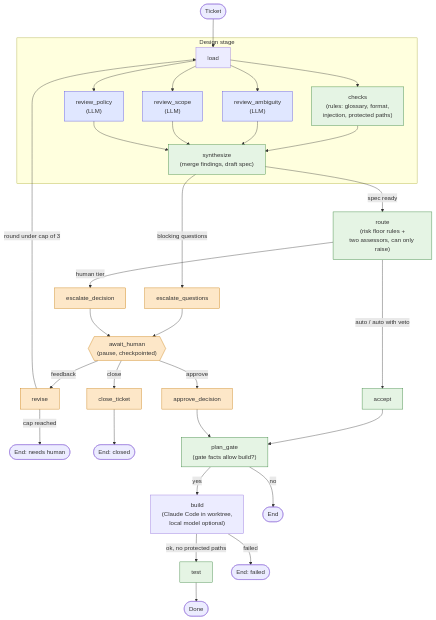
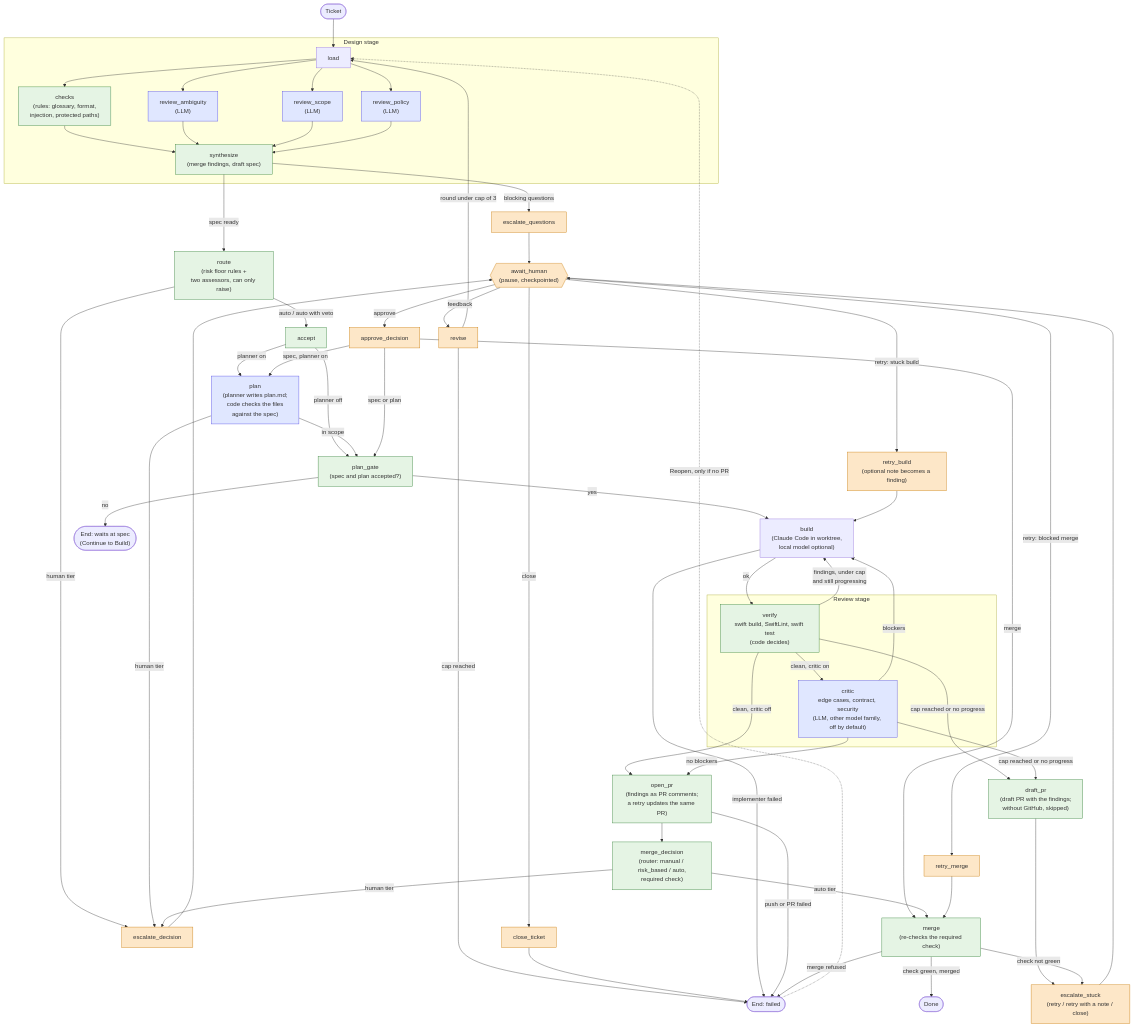
The diagram in docs/ticket-flow-labelled.mmd (LanceFu/sifu), drawn with Mermaid before and after one commit. The commit also changed 3 other files, not shown here.

First line of the commit message:
Ticket-flow diagrams: the labelled flow now covers plan, verify, critic, PR, merge and the retry, reopen and resume paths

```diff
--- a/docs/ticket-flow-labelled.mmd
+++ b/docs/ticket-flow-labelled.mmd
@@ -1,37 +1,66 @@
 flowchart TD
   S([Ticket]) --> load
   subgraph DESIGN["Design stage"]
     load --> checks["checks<br/>(rules: glossary, format,<br/>injection, protected paths)"]
     load --> ra["review_ambiguity<br/>(LLM)"]
     load --> rs["review_scope<br/>(LLM)"]
     load --> rp["review_policy<br/>(LLM)"]
     checks --> synth["synthesize<br/>(merge findings, draft spec)"]
     ra --> synth
     rs --> synth
     rp --> synth
   end
   synth -->|blocking questions| eq[escalate_questions]
   synth -->|spec ready| route["route<br/>(risk floor rules +<br/>two assessors, can only raise)"]
   route -->|auto / auto with veto| accept
   route -->|human tier| ed[escalate_decision]
+  accept -->|planner on| plan["plan<br/>(planner writes plan.md;<br/>code checks the files<br/>against the spec)"]
+  accept -->|planner off| gate
+  plan -->|in scope| gate
+  plan -->|human tier| ed
   eq --> ah{{"await_human<br/>(pause, checkpointed)"}}
   ed --> ah
+  stuck --> ah
   ah -->|approve| ad[approve_decision]
   ah -->|close| cl[close_ticket]
   ah -->|feedback| rev[revise]
+  ah -->|retry: stuck build| rb["retry_build<br/>(optional note becomes a finding)"]
+  ah -->|retry: blocked merge| rm[retry_merge]
+  ad -->|spec, planner on| plan
+  ad -->|spec or plan| gate
+  ad -->|merge| merge
   rev -->|round under cap of 3| load
-  rev -->|cap reached| E([End: needs human])
-  cl --> E2([End: closed])
-  accept --> gate
-  ad --> gate
-  gate["plan_gate<br/>(gate facts allow build?)"] -->|yes| build["build<br/>(Claude Code in worktree,<br/>local model optional)"]
-  gate -->|no| E3([End])
-  build -->|ok, no protected paths| test
-  build -->|failed| E4([End: failed])
-  test --> done([Done])
+  rev -->|cap reached| FAIL([End: failed])
+  cl --> FAIL
+  FAIL -.->|Reopen, only if no PR| load
+  gate["plan_gate<br/>(spec and plan accepted?)"] -->|yes| build["build<br/>(Claude Code in worktree,<br/>local model optional)"]
+  gate -->|no| E3(["End: waits at spec<br/>(Continue to Build)"])
+  build -->|ok| verify
+  build -->|implementer failed| FAIL
+  subgraph REVIEW["Review stage"]
+    verify["verify<br/>swift build, SwiftLint, swift test<br/>(code decides)"]
+    critic["critic<br/>edge cases, contract, security<br/>(LLM, other model family, off by default)"]
+    verify -->|clean, critic on| critic
+  end
+  verify -->|findings, under cap<br/>and still progressing| build
+  verify -->|clean, critic off| openpr
+  verify -->|cap reached or no progress| draft["draft_pr<br/>(draft PR with the findings;<br/>without GitHub, skipped)"]
+  critic -->|blockers| build
+  critic -->|no blockers| openpr["open_pr<br/>(findings as PR comments;<br/>a retry updates the same PR)"]
+  critic -->|cap reached or no progress| draft
+  draft --> stuck["escalate_stuck<br/>(retry / retry with a note / close)"]
+  rb --> build
+  openpr -->|push or PR failed| FAIL
+  openpr --> md["merge_decision<br/>(router: manual / risk_based / auto,<br/>required check)"]
+  md -->|auto tier| merge["merge<br/>(re-checks the required check)"]
+  md -->|human tier| ed
+  rm --> merge
+  merge -->|check green, merged| done([Done])
+  merge -->|check not green| stuck
+  merge -->|merge refused| FAIL
   classDef human fill:#fde7c8,stroke:#c77700
   classDef llm fill:#e0e7ff,stroke:#4f46e5
   classDef code fill:#e5f4e4,stroke:#2e7d32
-  class ah,eq,ed,ad,cl,rev human
-  class ra,rs,rp llm
-  class checks,synth,route,accept,gate,test code
+  class ah,eq,ed,ad,cl,rev,stuck,rb,rm human
+  class ra,rs,rp,plan,critic llm
+  class checks,synth,route,accept,gate,verify,draft,openpr,md,merge code
```
